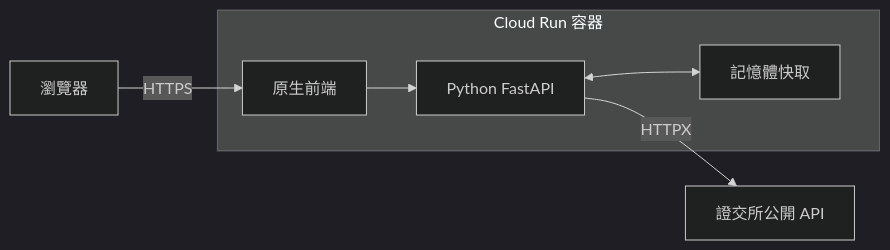
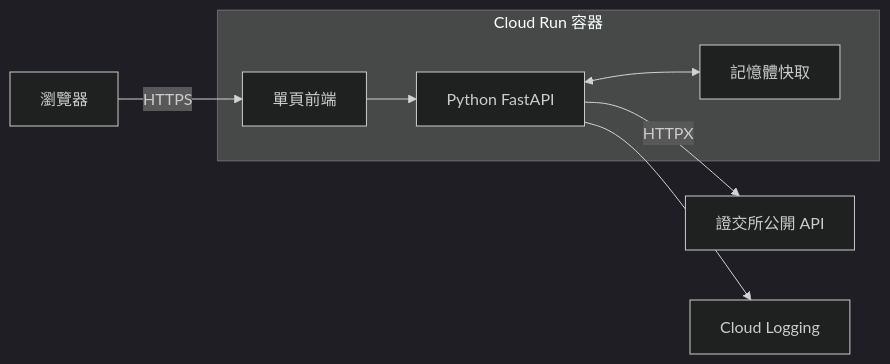
Before and after one commit to cc-huang-0716/cathey_20261022: the first of 2 diagrams in README.md, drawn with Mermaid (dark theme). The commit also changed other lines of this file and 40 other files, not shown here.

````diff
--- a/README.md
+++ b/README.md
@@ -23,9 +22,10 @@
 ```mermaid
 flowchart LR
     Browser[瀏覽器] -->|HTTPS| Web
     subgraph Run[Cloud Run 容器]
-        Web[原生前端] --> API[Python FastAPI]
+        Web[單頁前端] --> API[Python FastAPI]
         API <--> Cache[記憶體快取]
     end
     API -->|HTTPX| TWSE[證交所公開 API]
+    API --> Logs[Cloud Logging]
 ```
````
